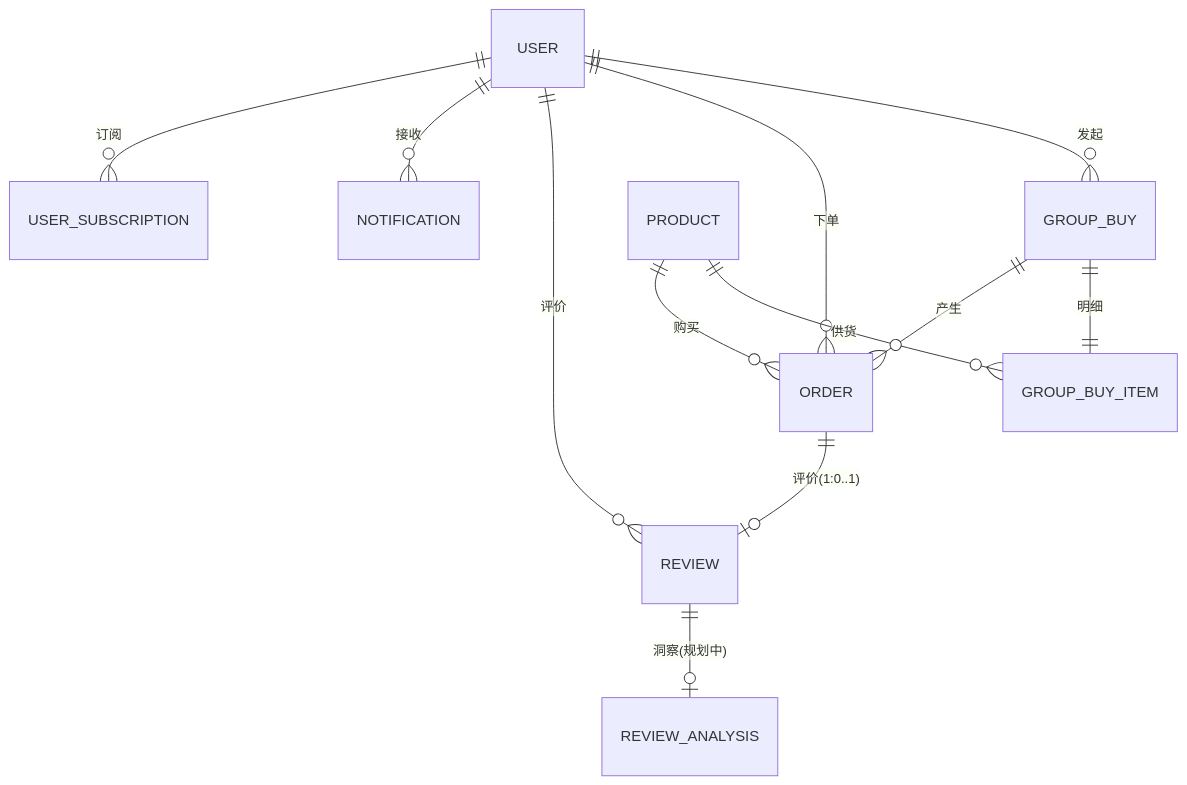
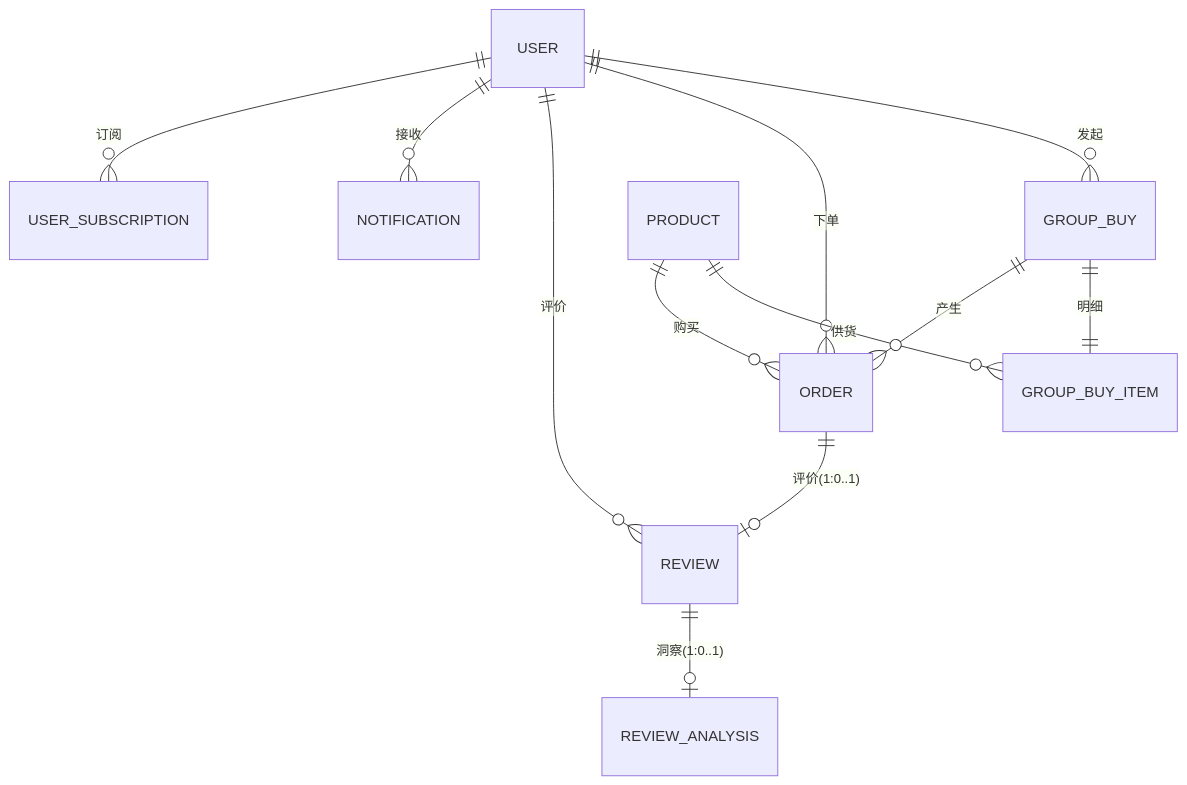
The third of 8 diagrams in docs/design-document.md (KeepRising-l/FreshCommunity), drawn with Mermaid before and after one commit. The commit also changed other lines of this file and 28 other files, not shown here.

````diff
--- a/docs/design-document.md
+++ b/docs/design-document.md
@@ -179,14 +179,14 @@
 ```mermaid
 erDiagram
     USER ||--o{ GROUP_BUY : "发起"
     USER ||--o{ ORDER : "下单"
     USER ||--o{ REVIEW : "评价"
     USER ||--o{ NOTIFICATION : "接收"
     USER ||--o{ USER_SUBSCRIPTION : "订阅"
     GROUP_BUY ||--|| GROUP_BUY_ITEM : "明细"
     PRODUCT ||--o{ GROUP_BUY_ITEM : "供货"
     GROUP_BUY ||--o{ ORDER : "产生"
     PRODUCT ||--o{ ORDER : "购买"
     ORDER ||--o| REVIEW : "评价(1:0..1)"
-    REVIEW ||--o| REVIEW_ANALYSIS : "洞察(规划中)"
+    REVIEW ||--o| REVIEW_ANALYSIS : "洞察(1:0..1)"
 ```
````
